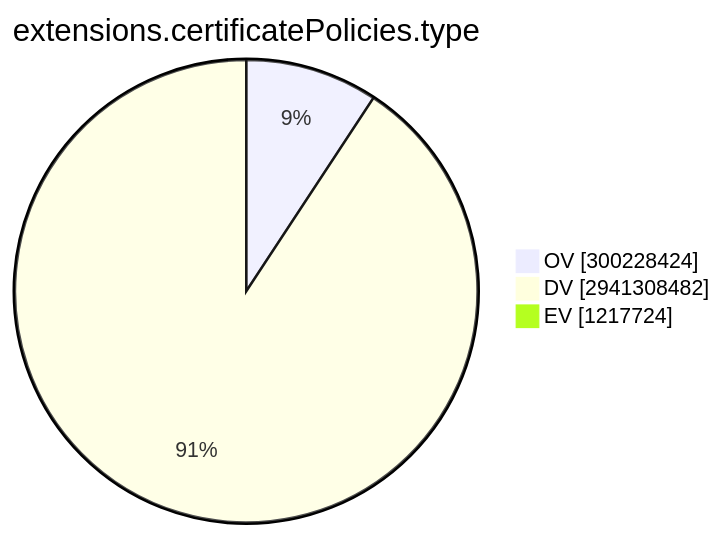
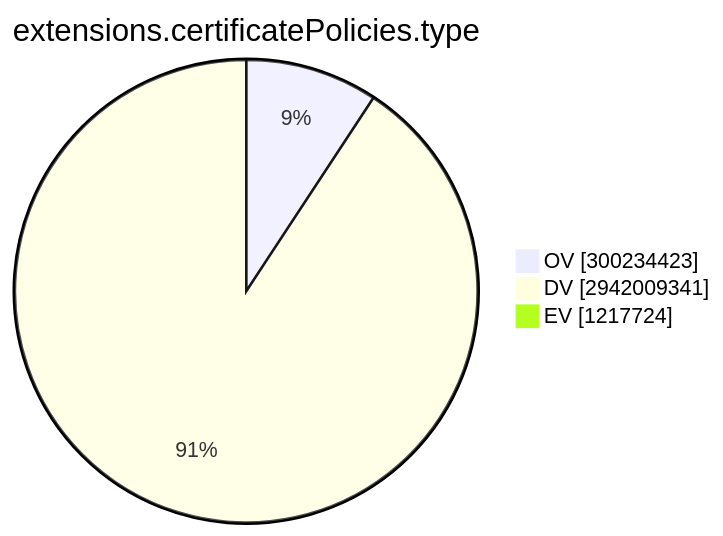
Before and after one commit to christiankrug/ctmonitor_visualization: the ninth of 15 diagrams in TOTAL/README.md, drawn with Mermaid. The commit also changed other lines of this file, not shown here.

````diff
--- a/TOTAL/README.md
+++ b/TOTAL/README.md
@@ -3101,7 +3101,7 @@
 ```mermaid
 pie showData
 title extensions.certificatePolicies.type
-"OV" :300228424
-"DV" :2941308482
+"OV" :300234423
+"DV" :2942009341
 "EV" :1217724
 ```
````
